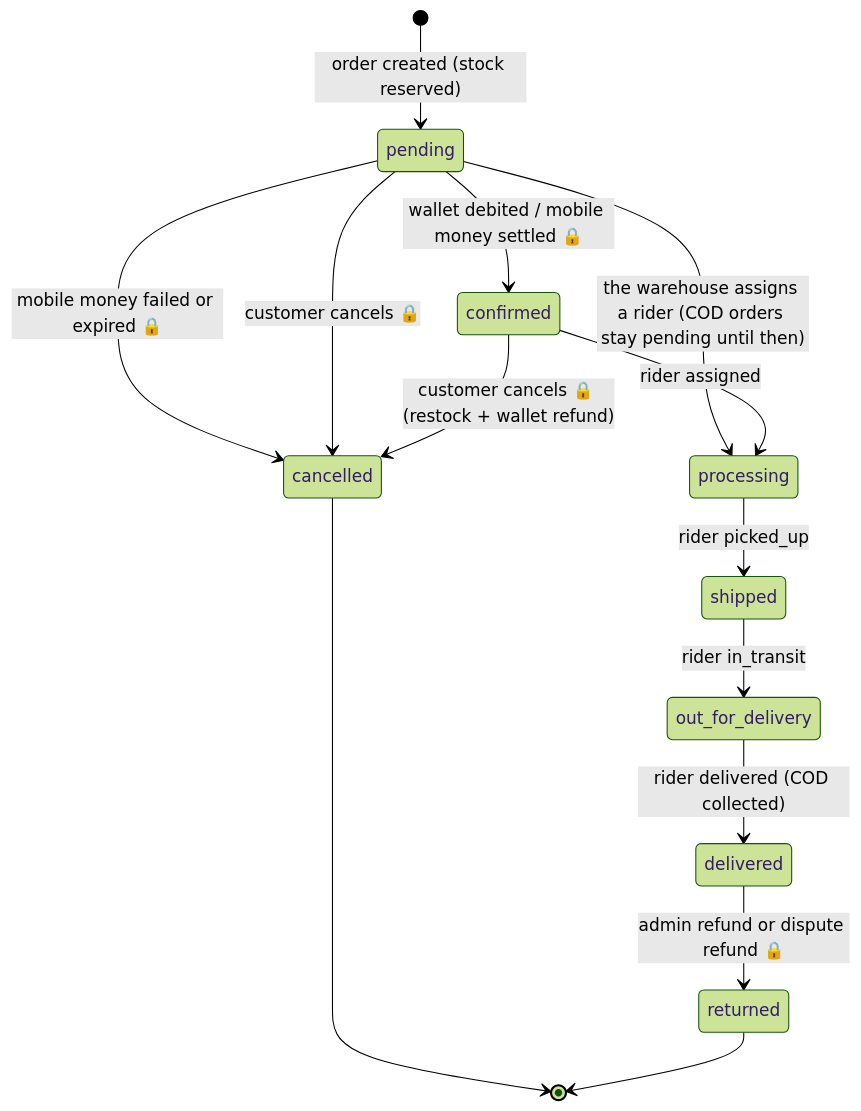
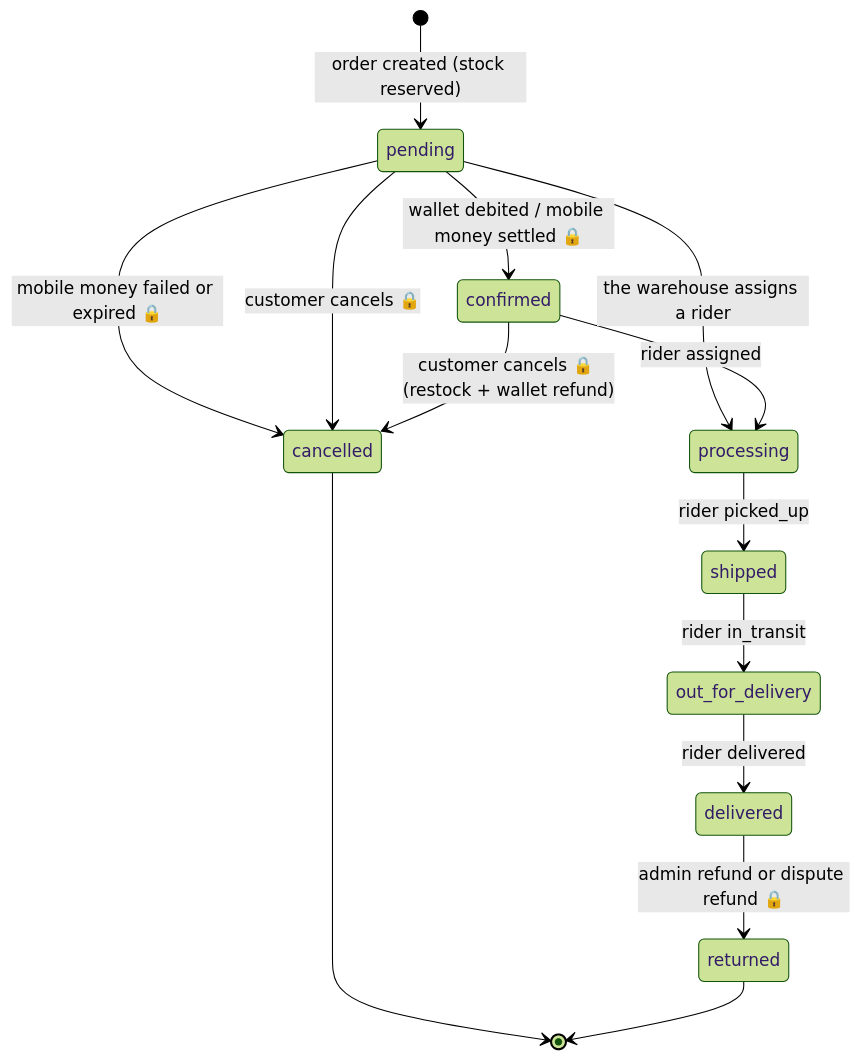
One commit to WaseemMirzaa/somba-apps changed diagram 11 of 20 in docs/ARCHITECTURE.md. Above: the diagram before and after it, drawn with Mermaid (forest theme). The commit also changed other lines of this file and 23 other files, not shown here.

````diff
--- a/docs/ARCHITECTURE.md
+++ b/docs/ARCHITECTURE.md
@@ -1442,16 +1439,16 @@
 ```mermaid
 stateDiagram-v2
   [*] --> pending: order created (stock reserved)
   pending --> confirmed: wallet debited / mobile money settled 🔒
   pending --> cancelled: mobile money failed or expired 🔒
   pending --> cancelled: customer cancels 🔒
   confirmed --> cancelled: customer cancels 🔒 (restock + wallet refund)
-  pending --> processing: the warehouse assigns a rider (COD orders stay pending until then)
+  pending --> processing: the warehouse assigns a rider
   confirmed --> processing: rider assigned
   processing --> shipped: rider picked_up
   shipped --> out_for_delivery: rider in_transit
-  out_for_delivery --> delivered: rider delivered (COD collected)
+  out_for_delivery --> delivered: rider delivered
   delivered --> returned: admin refund or dispute refund 🔒
   cancelled --> [*]
   returned --> [*]
 ```
````
